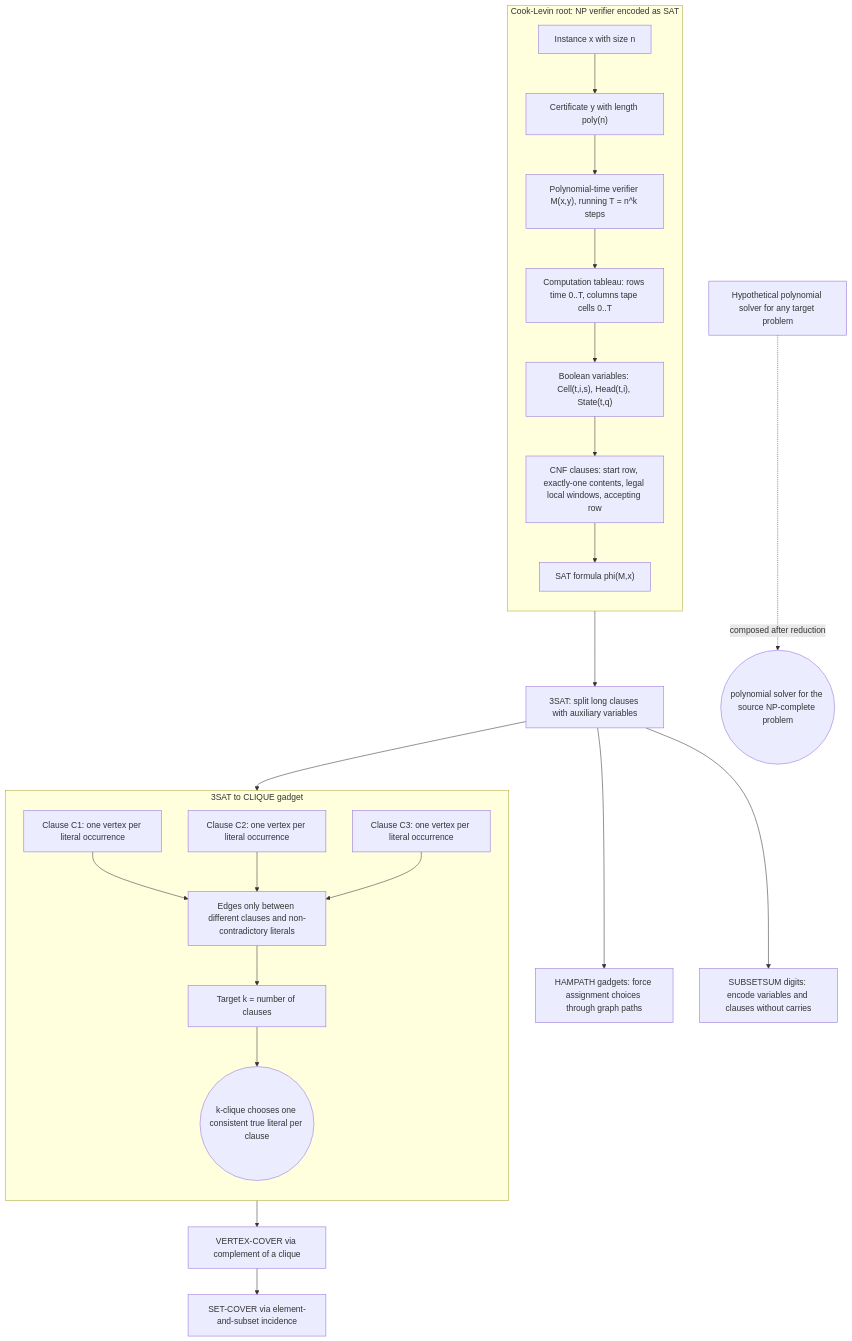
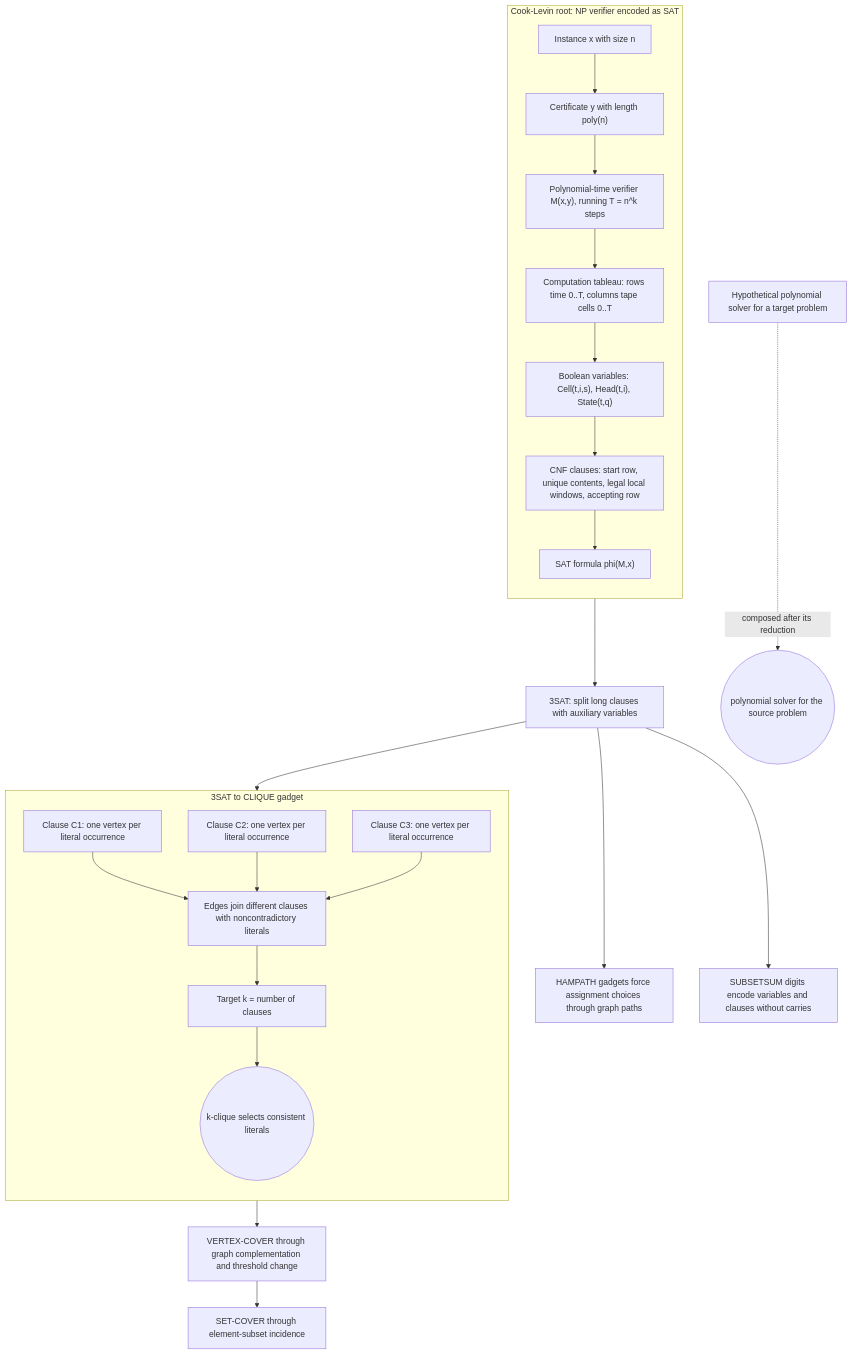
The diagram in docs/cs/theory/np-completeness-and-classic-reductions.md (justinbrianhwang/SJ-wiki), drawn with Mermaid before and after one commit. The commit also changed other lines of this file and 955 other files, not shown here.

````diff
--- a/docs/cs/theory/np-completeness-and-classic-reductions.md
+++ b/docs/cs/theory/np-completeness-and-classic-reductions.md
@@ -53,36 +53,36 @@
 ```mermaid
 flowchart TB
   subgraph CookLevin["Cook-Levin root: NP verifier encoded as SAT"]
     direction TB
     X["Instance x with size n"] --> Cert["Certificate y with length poly(n)"]
     Cert --> Verifier["Polynomial-time verifier M(x,y), running T = n^k steps"]
     Verifier --> Tableau["Computation tableau: rows time 0..T, columns tape cells 0..T"]
     Tableau --> Vars["Boolean variables: Cell(t,i,s), Head(t,i), State(t,q)"]
-    Vars --> Clauses["CNF clauses: start row, exactly-one contents, legal local windows, accepting row"]
+    Vars --> Clauses["CNF clauses: start row, unique contents, legal local windows, accepting row"]
     Clauses --> SAT["SAT formula phi(M,x)"]
   end
 
   SAT --> ThreeSAT["3SAT: split long clauses with auxiliary variables"]
 
   subgraph Clique["3SAT to CLIQUE gadget"]
     direction TB
     C1["Clause C1: one vertex per literal occurrence"]
     C2["Clause C2: one vertex per literal occurrence"]
     C3["Clause C3: one vertex per literal occurrence"]
-    Edges["Edges only between different clauses and non-contradictory literals"]
+    Edges["Edges join different clauses with noncontradictory literals"]
     K["Target k = number of clauses"]
     C1 --> Edges
     C2 --> Edges
     C3 --> Edges
     Edges --> K
-    K --> CliqueOut(("k-clique chooses one consistent true literal per clause"))
+    K --> CliqueOut(("k-clique selects consistent literals"))
   end
 
   ThreeSAT --> Clique
-  ThreeSAT --> HAMPATH["HAMPATH gadgets: force assignment choices through graph paths"]
-  ThreeSAT --> SUBSETSUM["SUBSETSUM digits: encode variables and clauses without carries"]
-  CliqueOut --> VertexCover["VERTEX-COVER via complement of a clique"]
-  VertexCover --> SetCover["SET-COVER via element-and-subset incidence"]
+  ThreeSAT --> HAMPATH["HAMPATH gadgets force assignment choices through graph paths"]
+  ThreeSAT --> SUBSETSUM["SUBSETSUM digits encode variables and clauses without carries"]
+  CliqueOut --> VertexCover["VERTEX-COVER through graph complementation and threshold change"]
+  VertexCover --> SetCover["SET-COVER through element-subset incidence"]
 
-  Solver["Hypothetical polynomial solver for any target problem"] -. "composed after reduction" .-> SourceSolved(("polynomial solver for the source NP-complete problem"))
+  Solver["Hypothetical polynomial solver for a target problem"] -. "composed after its reduction" .-> SourceSolved(("polynomial solver for the source problem"))
 ```
````
